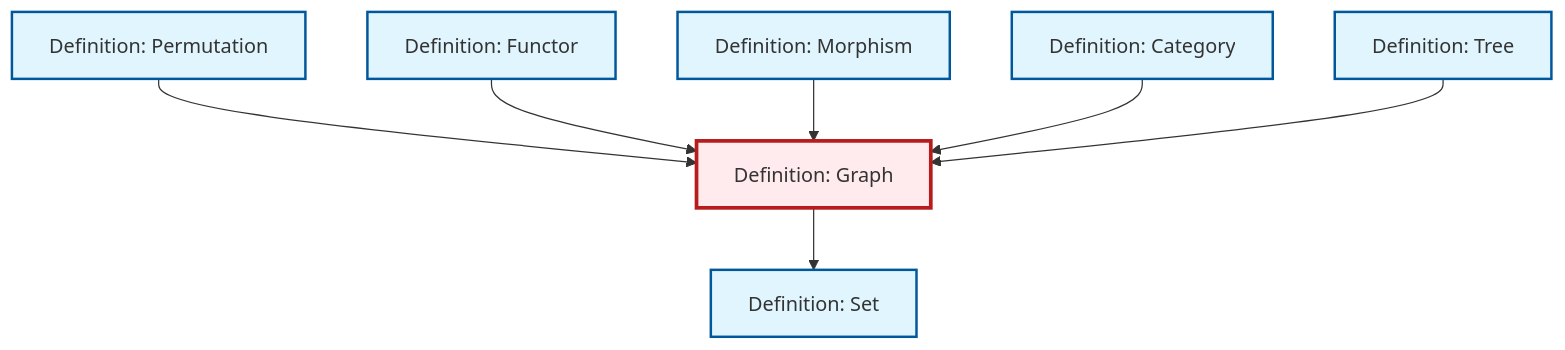
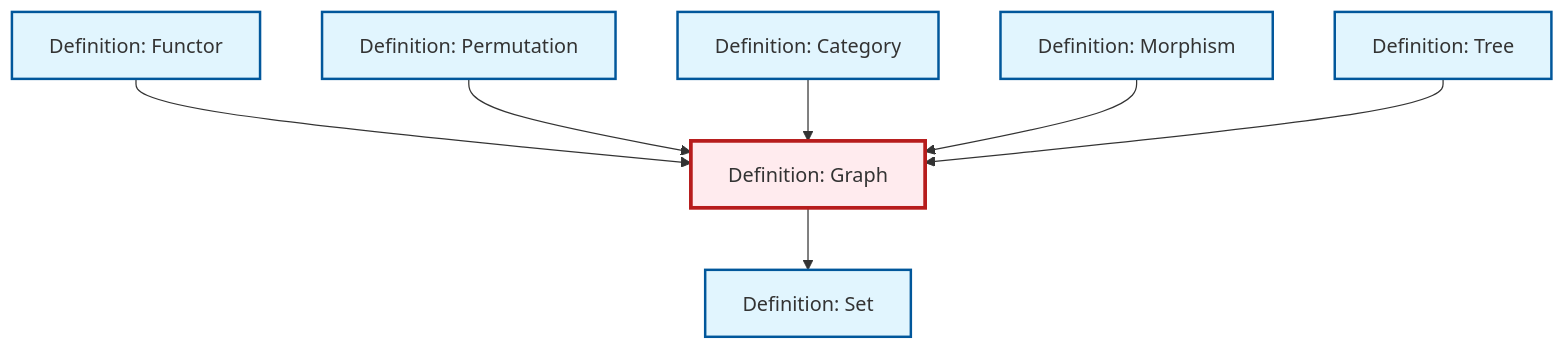
One commit to RK0429/ModernMath changed the diagram in content/en/combinatorics/def-graph.qmd. Above: the diagram before and after it, drawn with Mermaid. The commit also changed other lines of this file and 597 other files, not shown here.

````diff
--- a/content/en/combinatorics/def-graph.qmd
+++ b/content/en/combinatorics/def-graph.qmd
@@ -93,29 +93,29 @@
 ```{mermaid}
 %%| fig-cap: "Local dependency graph"
 graph TD
     classDef definition fill:#e1f5fe,stroke:#01579b,stroke-width:2px
     classDef theorem fill:#f3e5f5,stroke:#4a148c,stroke-width:2px
     classDef axiom fill:#fff3e0,stroke:#e65100,stroke-width:2px
     classDef example fill:#e8f5e9,stroke:#1b5e20,stroke-width:2px
     classDef current fill:#ffebee,stroke:#b71c1c,stroke-width:3px
+    def-category["Definition: Category"]:::definition
+    def-set["Definition: Set"]:::definition
+    def-morphism["Definition: Morphism"]:::definition
+    def-permutation["Definition: Permutation"]:::definition
+    def-tree["Definition: Tree"]:::definition
     def-graph["Definition: Graph"]:::definition
-    def-morphism["Definition: Morphism"]:::definition
-    def-category["Definition: Category"]:::definition
-    def-tree["Definition: Tree"]:::definition
-    def-permutation["Definition: Permutation"]:::definition
-    def-set["Definition: Set"]:::definition
     def-functor["Definition: Functor"]:::definition
+    def-functor --> def-graph
     def-permutation --> def-graph
-    def-functor --> def-graph
-    def-morphism --> def-graph
     def-category --> def-graph
     def-graph --> def-set
+    def-morphism --> def-graph
     def-tree --> def-graph
     class def-graph current
+    click def-category "def-category.html" "Go to Category definition"
+    click def-set "def-set.html" "Go to Set definition"
     click def-morphism "def-morphism.html" "Go to Morphism definition"
-    click def-category "def-category.html" "Go to Category definition"
+    click def-permutation "def-permutation.html" "Go to Permutation definition"
     click def-tree "def-tree.html" "Go to Tree definition"
-    click def-permutation "def-permutation.html" "Go to Permutation definition"
-    click def-set "def-set.html" "Go to Set definition"
     click def-functor "def-functor.html" "Go to Functor definition"
 ```
````
